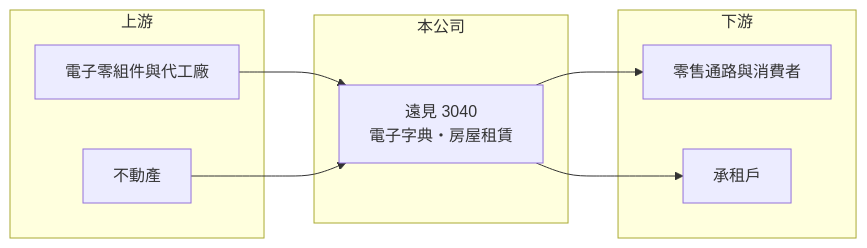
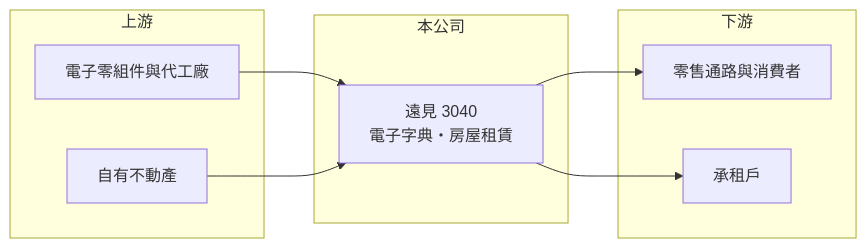
One commit to wangnick1004/taiwan-stock-vault changed the diagram in 個股/台股/3040遠見.md. Above: the diagram before and after it, drawn with Mermaid. The commit also changed other lines of this file, not shown here.

````diff
--- a/個股/台股/3040遠見.md
+++ b/個股/台股/3040遠見.md
@@ -85,18 +103,18 @@
 ```mermaid
 flowchart LR
     subgraph 上游
         A1["電子零組件與代工廠"]
-        A2["不動產"]
+        A2["自有不動產"]
     end
     subgraph 本公司
         B["遠見 3040<br/>電子字典・房屋租賃"]
     end
     subgraph 下游
         C1["零售通路與消費者"]
         C2["承租戶"]
     end
     A1 --> B
     A2 --> B
     B --> C1
     B --> C2
 ```
````
